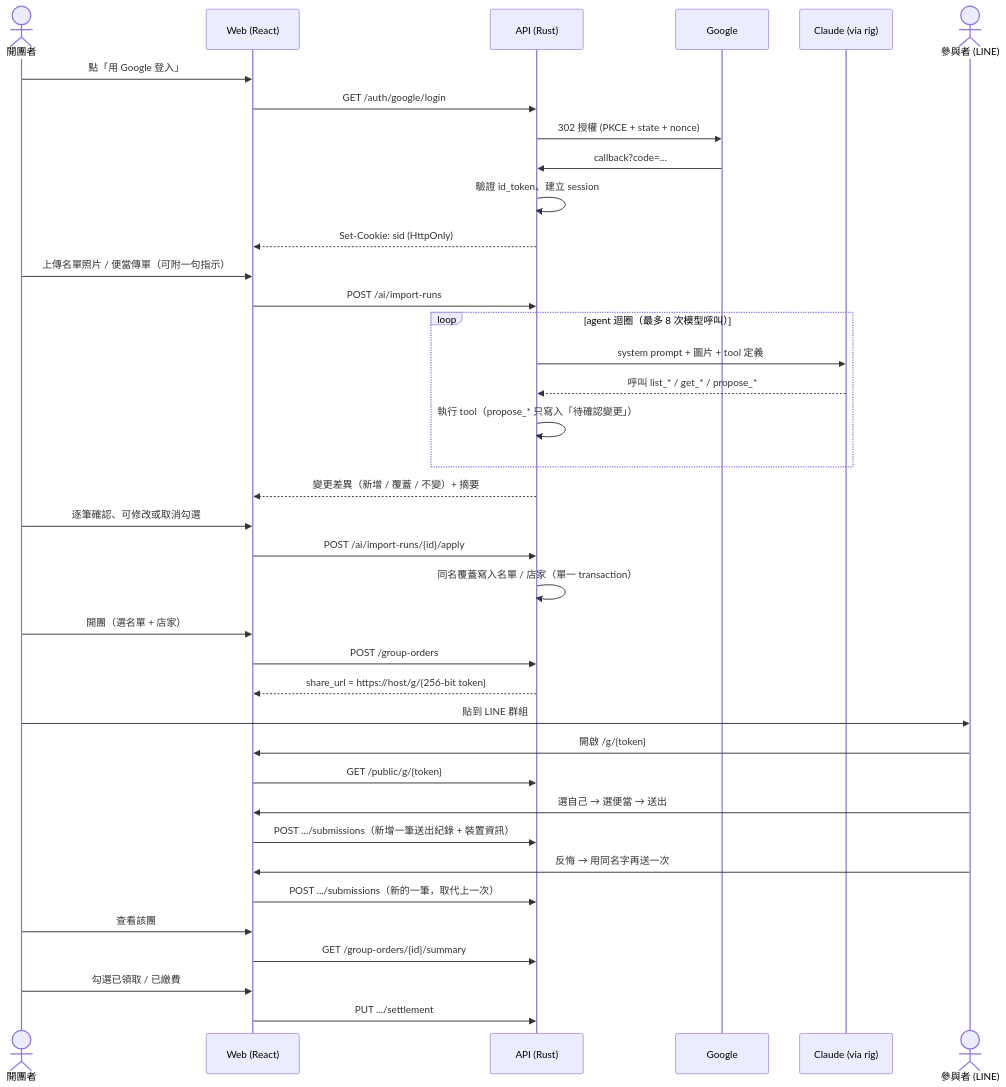
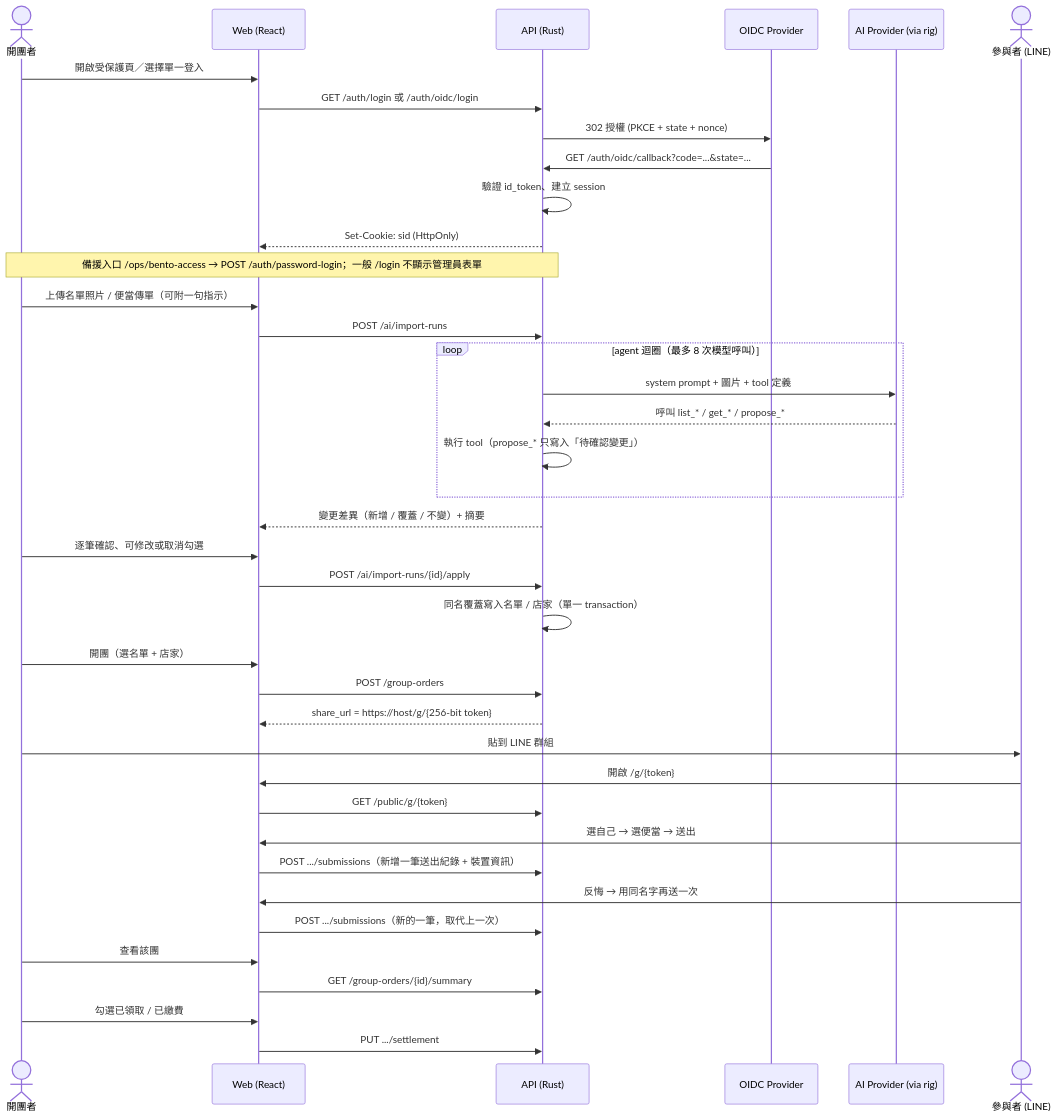
The diagram in docs/design.md (Swind/order-a-bento), drawn with Mermaid before and after one commit. The commit also changed other lines of this file and 49 other files, not shown here.

````diff
--- a/docs/design.md
+++ b/docs/design.md
@@ -46,45 +48,46 @@
 ```mermaid
 sequenceDiagram
     actor O as 開團者
     participant W as Web (React)
     participant A as API (Rust)
-    participant G as Google
-    participant C as Claude (via rig)
+    participant G as OIDC Provider
+    participant C as AI Provider (via rig)
     actor P as 參與者 (LINE)
 
-    O->>W: 點「用 Google 登入」
-    W->>A: GET /auth/google/login
+    O->>W: 開啟受保護頁／選擇單一登入
+    W->>A: GET /auth/login 或 /auth/oidc/login
     A->>G: 302 授權 (PKCE + state + nonce)
-    G->>A: callback?code=...
+    G->>A: GET /auth/oidc/callback?code=...&state=...
     A->>A: 驗證 id_token、建立 session
     A-->>W: Set-Cookie: sid (HttpOnly)
+    Note over O,A: 備援入口 /ops/bento-access → POST /auth/password-login；一般 /login 不顯示管理員表單
 
     O->>W: 上傳名單照片 / 便當傳單（可附一句指示）
     W->>A: POST /ai/import-runs
     loop agent 迴圈（最多 8 次模型呼叫）
         A->>C: system prompt + 圖片 + tool 定義
         C-->>A: 呼叫 list_* / get_* / propose_*
         A->>A: 執行 tool（propose_* 只寫入「待確認變更」）
     end
     A-->>W: 變更差異（新增 / 覆蓋 / 不變）+ 摘要
     O->>W: 逐筆確認、可修改或取消勾選
     W->>A: POST /ai/import-runs/{id}/apply
     A->>A: 同名覆蓋寫入名單 / 店家（單一 transaction）
 
     O->>W: 開團（選名單 + 店家）
     W->>A: POST /group-orders
     A-->>W: share_url = https://host/g/{256-bit token}
     O->>P: 貼到 LINE 群組
 
     P->>W: 開啟 /g/{token}
     W->>A: GET /public/g/{token}
     P->>W: 選自己 → 選便當 → 送出
     W->>A: POST .../submissions（新增一筆送出紀錄 + 裝置資訊）
     P->>W: 反悔 → 用同名字再送一次
     W->>A: POST .../submissions（新的一筆，取代上一次）
 
     O->>W: 查看該團
     W->>A: GET /group-orders/{id}/summary
     O->>W: 勾選已領取 / 已繳費
     W->>A: PUT .../settlement
 ```
````
